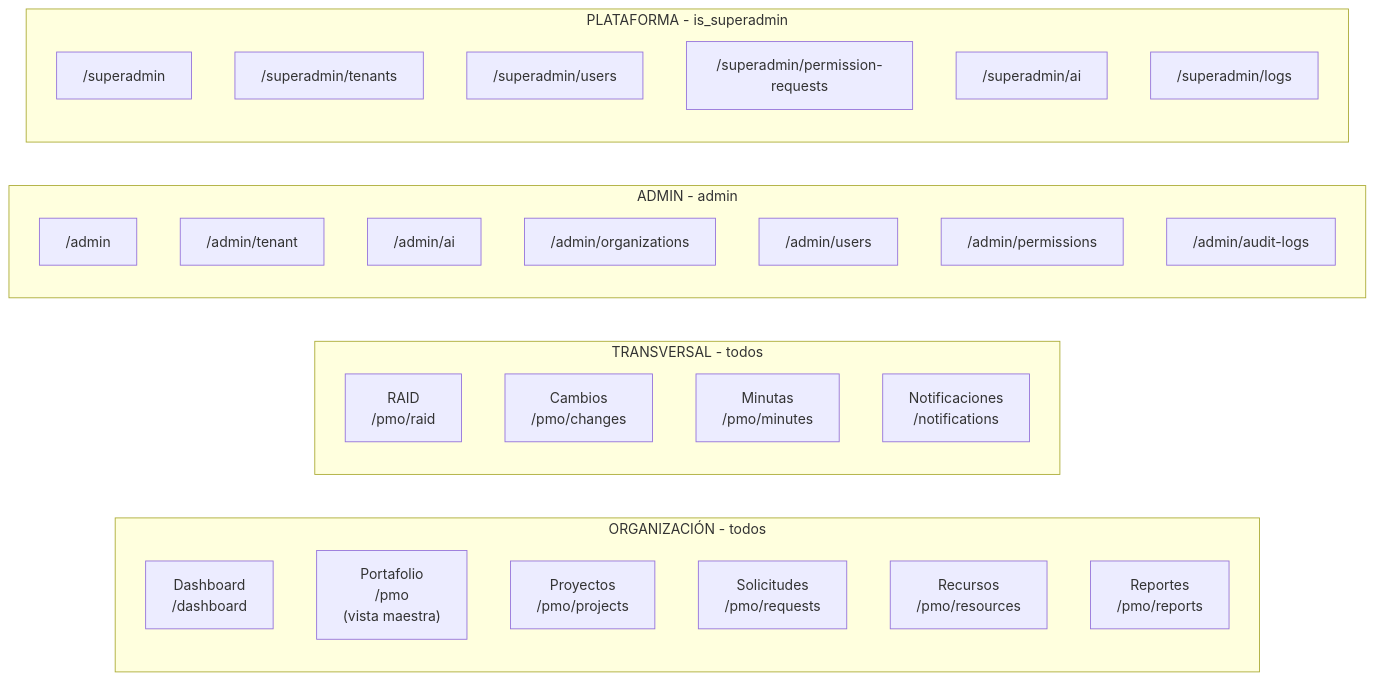
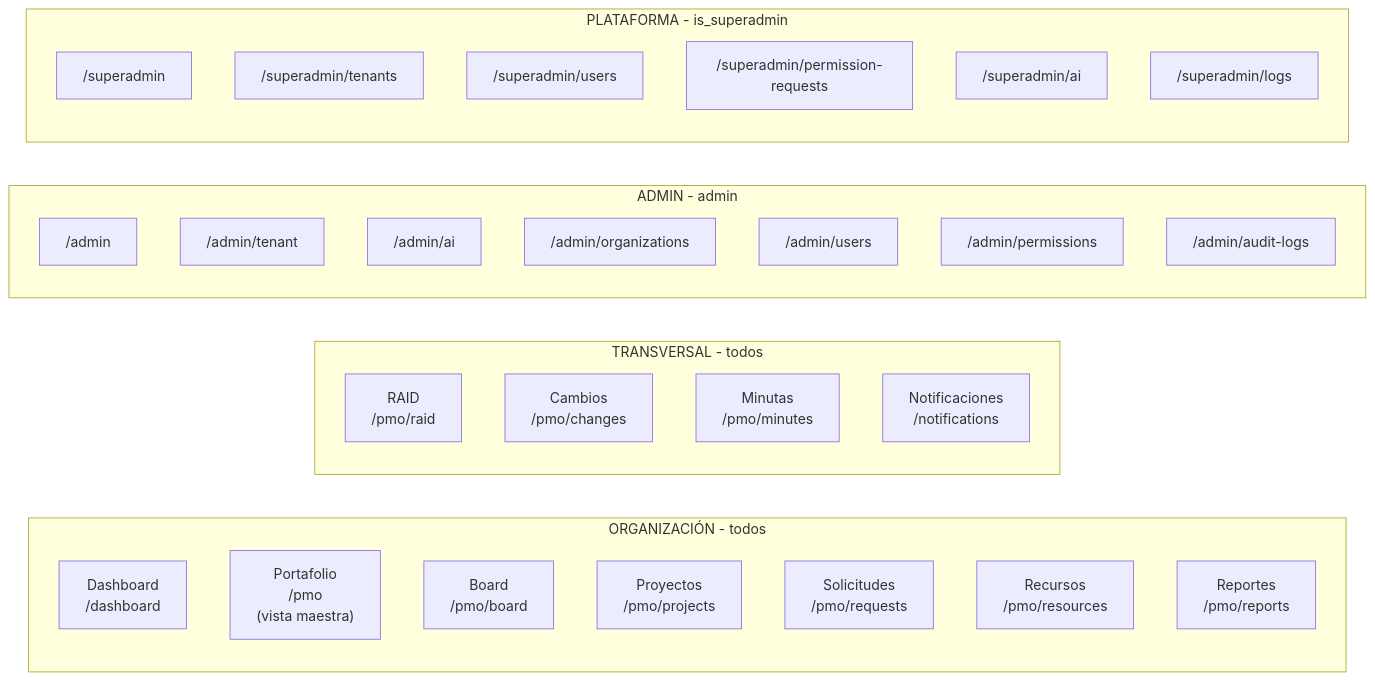
The second of 8 diagrams in docs/architecture/navigation.md (xguilxr/pmo_aas), drawn with Mermaid before and after one commit. The commit also changed other lines of this file and 9 other files, not shown here.

````diff
--- a/docs/architecture/navigation.md
+++ b/docs/architecture/navigation.md
@@ -183,37 +183,38 @@
 ```mermaid
 flowchart LR
     subgraph ORG ["ORGANIZACIÓN - todos"]
         N1["Dashboard<br/>/dashboard"]
         N2["Portafolio<br/>/pmo<br/>(vista maestra)"]
+        N2b["Board<br/>/pmo/board"]
         N3["Proyectos<br/>/pmo/projects"]
         N4["Solicitudes<br/>/pmo/requests"]
         N5["Recursos<br/>/pmo/resources"]
         N6["Reportes<br/>/pmo/reports"]
     end
 
     subgraph TRANS ["TRANSVERSAL - todos"]
         T1["RAID<br/>/pmo/raid"]
         T2["Cambios<br/>/pmo/changes"]
         T3["Minutas<br/>/pmo/minutes"]
         T4["Notificaciones<br/>/notifications"]
     end
 
     subgraph ADMIN_NAV ["ADMIN - admin"]
         A0["/admin"]
         A1["/admin/tenant"]
         A2["/admin/ai"]
         A3["/admin/organizations"]
         A4["/admin/users"]
         A5["/admin/permissions"]
         A6["/admin/audit-logs"]
     end
 
     subgraph SUPER_NAV ["PLATAFORMA - is_superadmin"]
         S1["/superadmin"]
         S2["/superadmin/tenants"]
         S3["/superadmin/users"]
         S4["/superadmin/permission-requests"]
         S5["/superadmin/ai"]
         S6["/superadmin/logs"]
     end
 ```
````
